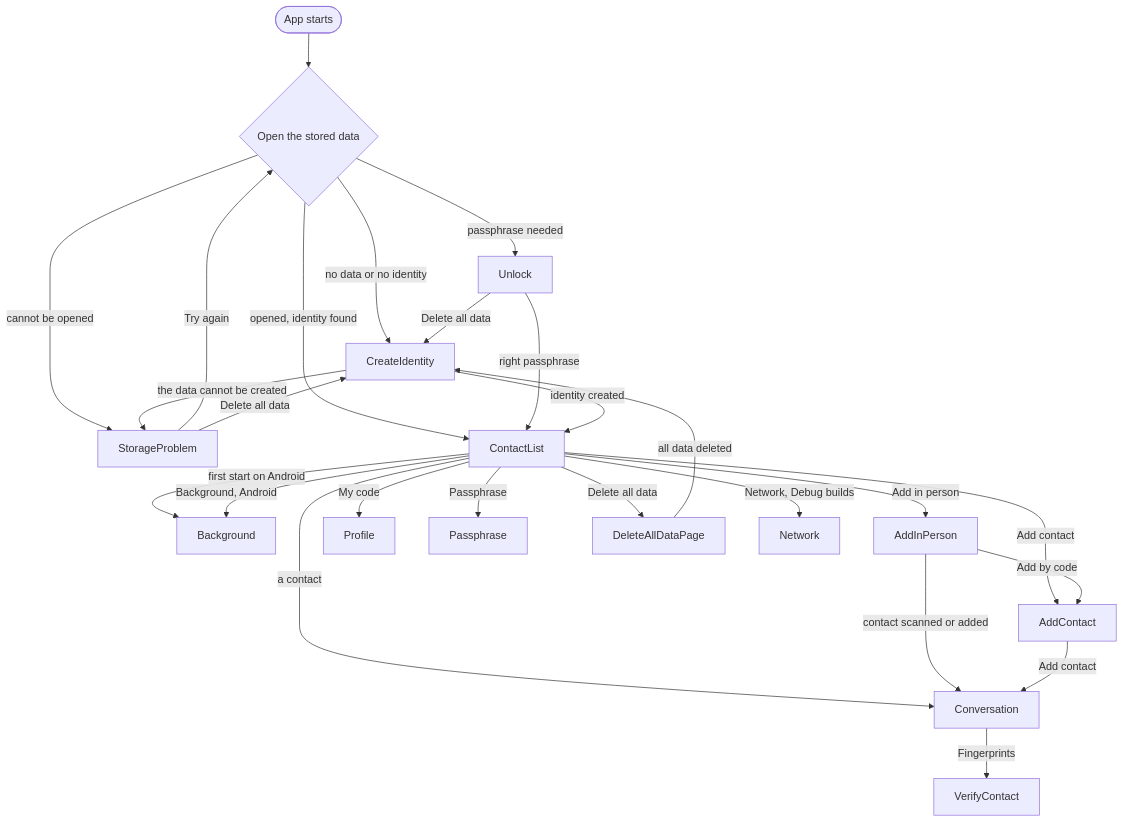
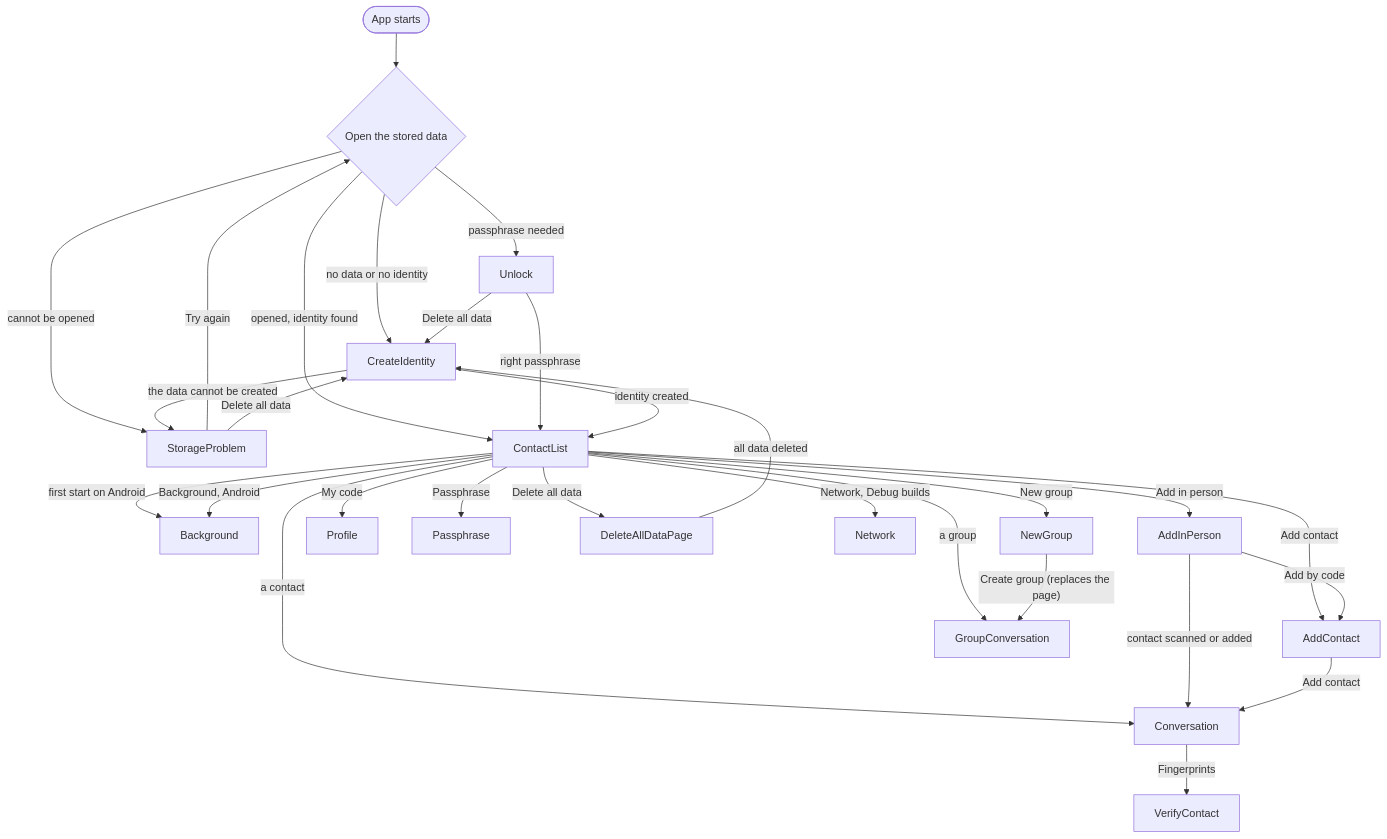
Before and after one commit to KaunazDagaz/P2PMessenger: the third of 3 diagrams in src/P2PMessenger.UI/README.md, drawn with Mermaid. The commit also changed other lines of this file and 106 other files, not shown here.

````diff
--- a/src/P2PMessenger.UI/README.md
+++ b/src/P2PMessenger.UI/README.md
@@ -173,31 +173,34 @@
 ```mermaid
 flowchart TD
     Start(["App starts"]) --> Open{"Open the stored data"}
     Open -- "no data or no identity" --> Create["CreateIdentity"]
     Open -- "passphrase needed" --> Unlock["Unlock"]
     Open -- "cannot be opened" --> Problem["StorageProblem"]
     Open -- "opened, identity found" --> List["ContactList"]
 
     Unlock -- "right passphrase" --> List
     Unlock -- "Delete all data" --> Create
     Problem -- "Try again" --> Open
     Problem -- "Delete all data" --> Create
     Create -- "identity created" --> List
     Create -- "the data cannot be created" --> Problem
 
     List -- "first start on Android" --> Background["Background"]
     List -- "Add in person" --> InPerson["AddInPerson"]
     List -- "Add contact" --> AddContact["AddContact"]
     List -- "My code" --> Profile["Profile"]
     List -- "Passphrase" --> Passphrase["Passphrase"]
     List -- "Background, Android" --> Background
     List -- "Delete all data" --> DeleteAll["DeleteAllDataPage"]
     List -- "Network, Debug builds" --> Network["Network"]
     List -- "a contact" --> Conversation["Conversation"]
+    List -- "New group" --> NewGroup["NewGroup"]
+    List -- "a group" --> GroupConversation["GroupConversation"]
+    NewGroup -- "Create group (replaces the page)" --> GroupConversation
 
     InPerson -- "contact scanned or added" --> Conversation
     InPerson -- "Add by code" --> AddContact
     AddContact -- "Add contact" --> Conversation
     Conversation -- "Fingerprints" --> Verify["VerifyContact"]
     DeleteAll -- "all data deleted" --> Create
 ```
````
